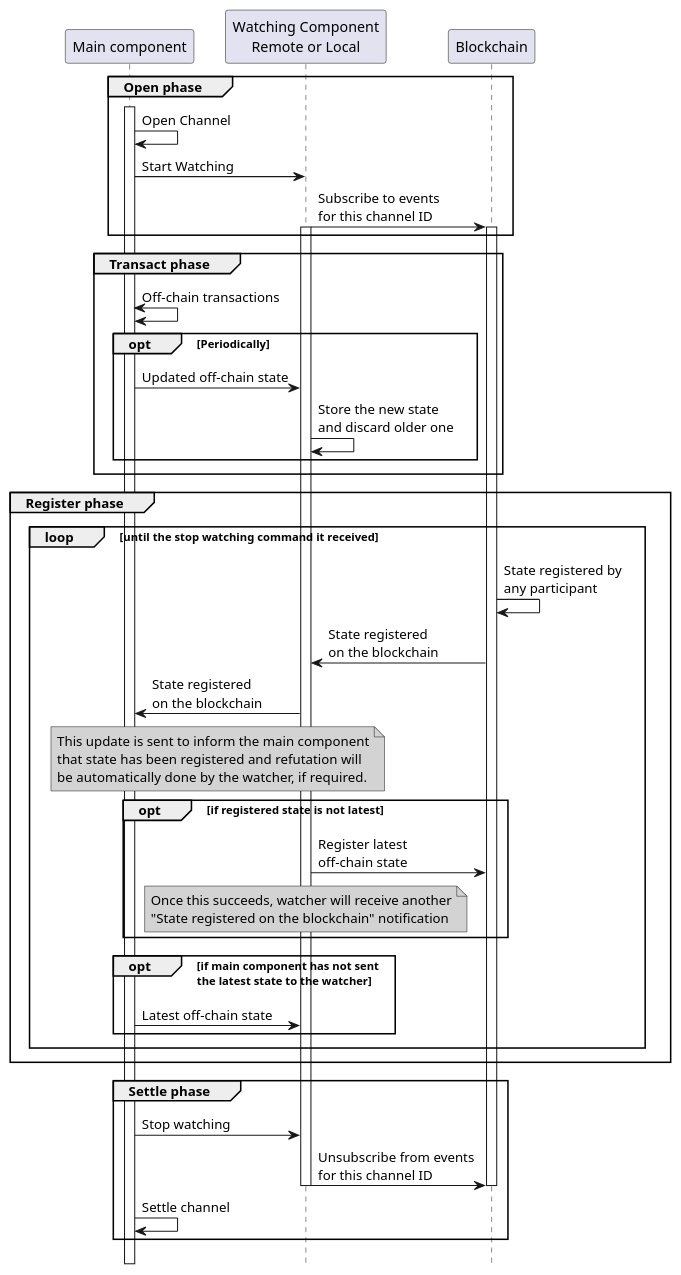
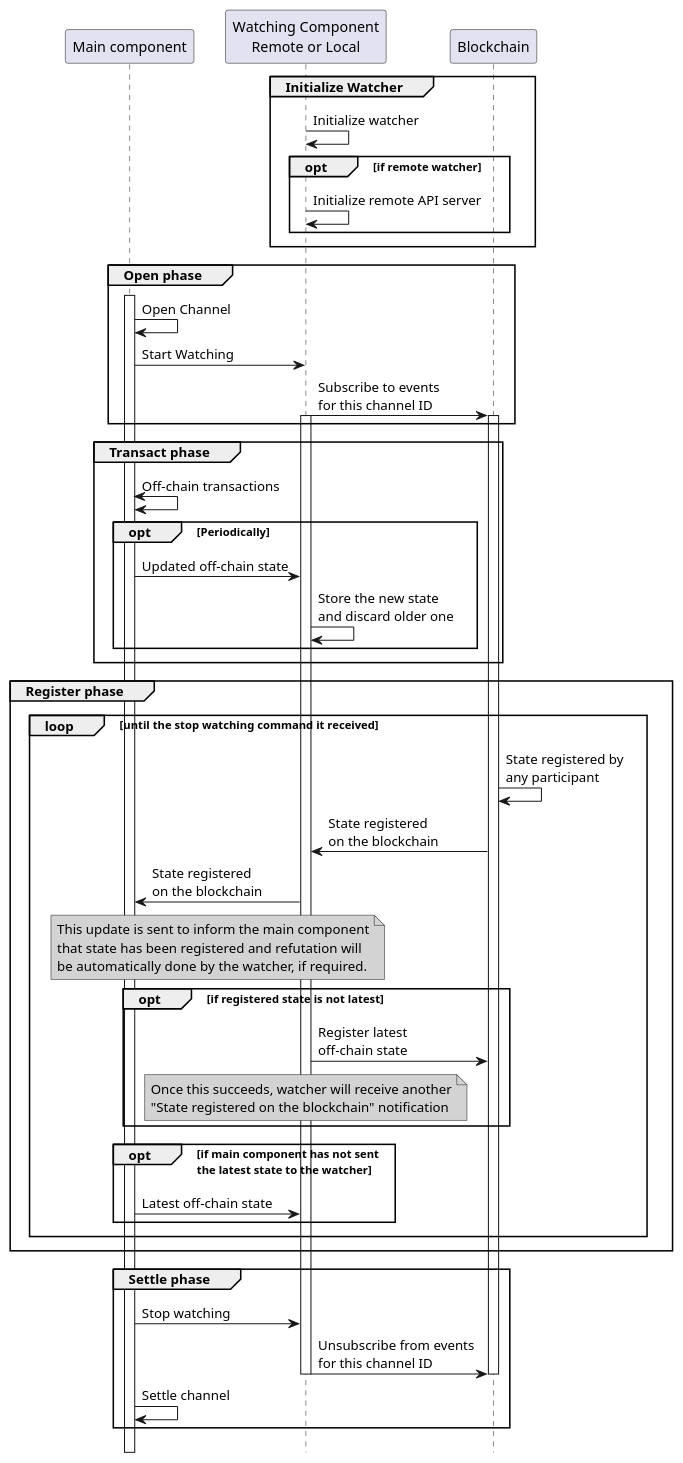
Before and after one commit to hyperledger-labs/perun-proposals: the diagram in design/004/watcher.plantuml, drawn with PlantUML. The commit also changed 1 other file, not shown here.

Commit message:
Make connecting to watcher as distinct step
- Changes to address review comments from Matthias

- Previously, initializing a watcher and connecting to it was
  represented in a single step, which was confusing.

- Now, these two are shown as separate steps.

```diff
--- a/design/004/watcher.plantuml
+++ b/design/004/watcher.plantuml
@@ -4,60 +4,70 @@
 @startuml watcher
 !pragma teoz true
 hide footbox
 
 participant "Main component" as main_component
 participant "Watching Component\nRemote or Local" as watcher
 participant "Blockchain" as blockchain
+
+group Initialize Watcher
+watcher -> watcher: Initialize watcher
+
+opt if remote watcher
+watcher -> watcher: Initialize remote API server
+end
+
+
+end
 
 group Open phase
 activate main_component
 main_component -> main_component: Open Channel
 main_component -> watcher: Start Watching
 watcher -> blockchain: Subscribe to events\nfor this channel ID
 activate watcher
 activate blockchain
 end
 
 group Transact phase 
 main_component <-> main_component: Off-chain transactions
 opt Periodically
 main_component -> watcher: Updated off-chain state
 watcher -> watcher: Store the new state\nand discard older one
 end
 end
 
 group Register phase
 loop until the stop watching command it received
 blockchain -> blockchain: State registered by\nany participant
 watcher <- blockchain: State registered\non the blockchain
 main_component <- watcher: State registered\non the blockchain
 note over main_component, watcher #LightGray
 This update is sent to inform the main component
 that state has been registered and refutation will
 be automatically done by the watcher, if required.
 end note
 opt if registered state is not latest
 watcher -> blockchain: Register latest\noff-chain state
 note over watcher #LightGray
 Once this succeeds, watcher will receive another
 "State registered on the blockchain" notification
 end note
 end
 opt if main component has not sent\nthe latest state to the watcher
 main_component -> watcher: Latest off-chain state
 end
 end
 end
 
 
 group Settle phase 
 main_component -> watcher: Stop watching
 watcher -> blockchain: Unsubscribe from events\nfor this channel ID
 deactivate blockchain
 deactivate watcher
 main_component -> main_component: Settle channel
 end
 
 
 
 @enduml
```
